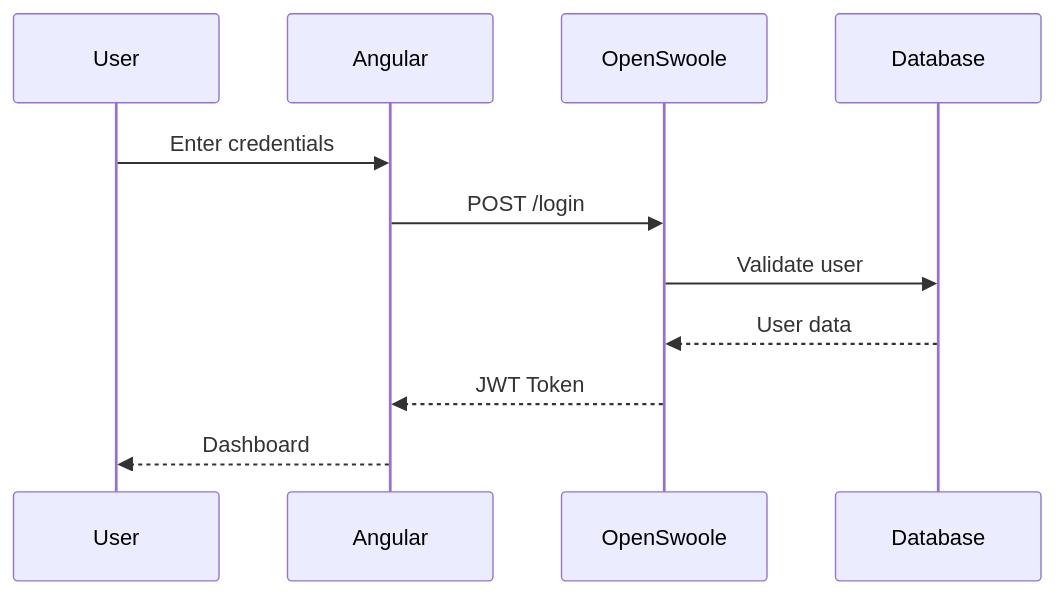
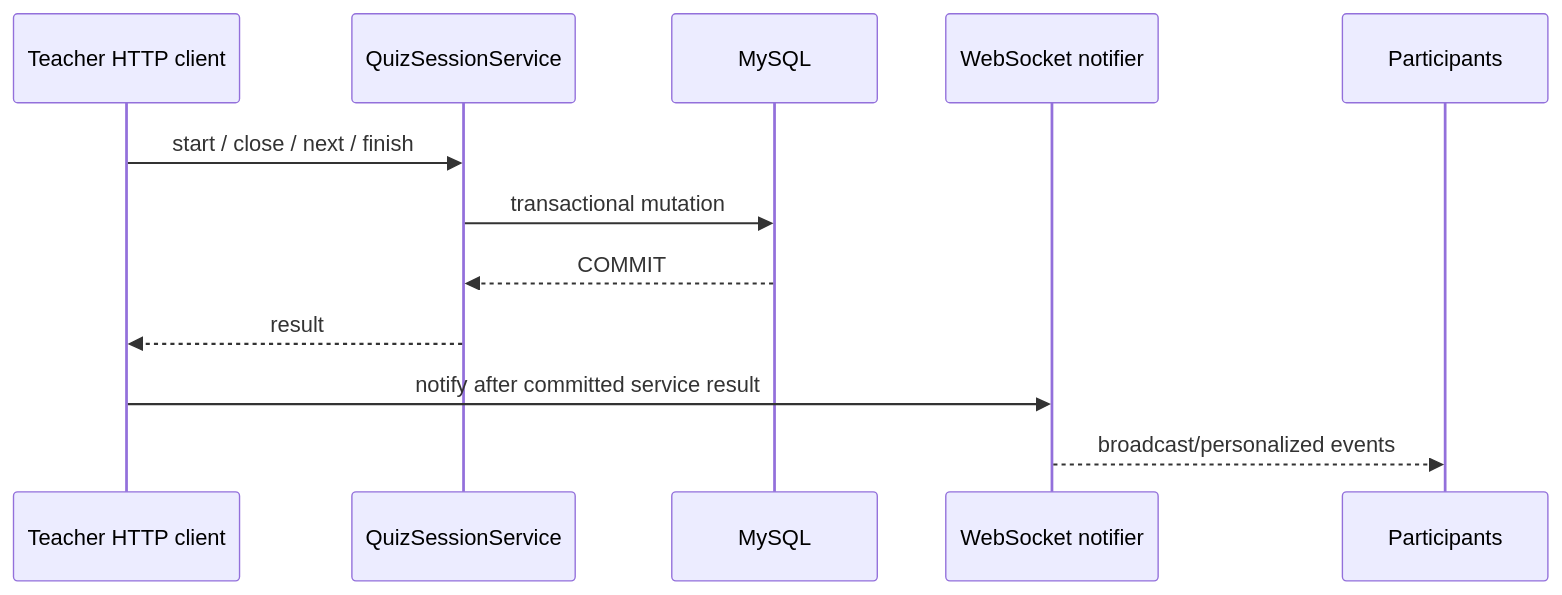
The third of 3 diagrams in docs/03-system-architecture.md (majapredojevic/codeland-quiz), drawn with Mermaid before and after one commit. The commit also changed other lines of this file and 12 other files, not shown here.

````diff
--- a/docs/03-system-architecture.md
+++ b/docs/03-system-architecture.md
@@ -302,20 +38,14 @@
 ```mermaid
 sequenceDiagram
-
-participant User
-participant Angular
-participant OpenSwoole
-participant Database
-
-User->>Angular: Enter credentials
-
-Angular->>OpenSwoole: POST /login
-
-OpenSwoole->>Database: Validate user
-
-Database-->>OpenSwoole: User data
-
-OpenSwoole-->>Angular: JWT Token
-
-Angular-->>User: Dashboard
+    participant T as Teacher HTTP client
+    participant S as QuizSessionService
+    participant DB as MySQL
+    participant N as WebSocket notifier
+    participant P as Participants
+    T->>S: start / close / next / finish
+    S->>DB: transactional mutation
+    DB-->>S: COMMIT
+    S-->>T: result
+    T->>N: notify after committed service result
+    N-->>P: broadcast/personalized events
 ```
````
